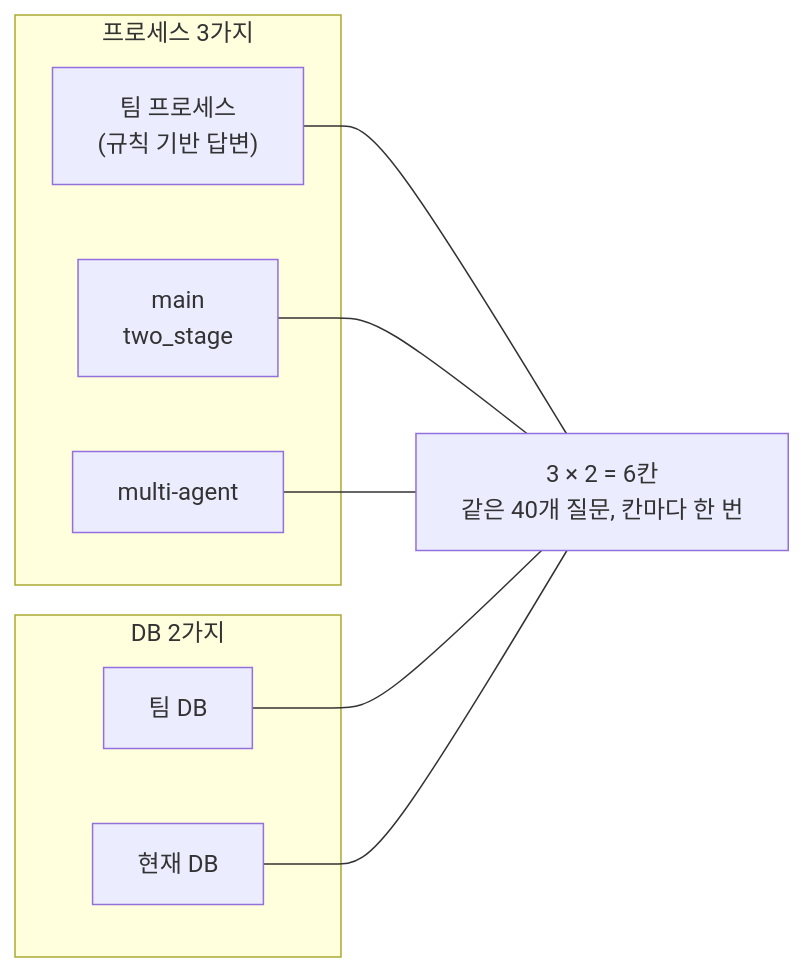
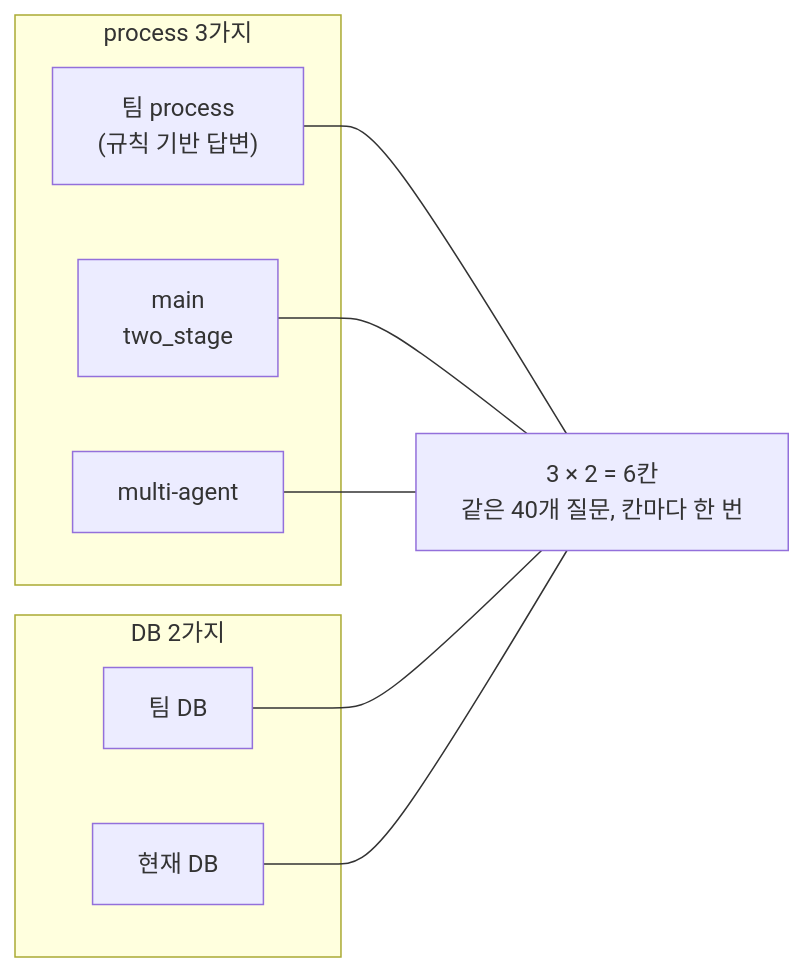
Before and after one commit to adover134/hierarchical-md-rag: the first of 2 diagrams in docs/06_평가.md, drawn with Mermaid. The commit also changed other lines of this file and 24 other files, not shown here.

````diff
--- a/docs/06_평가.md
+++ b/docs/06_평가.md
@@ -15,18 +15,18 @@
 ```mermaid
 flowchart LR
-    subgraph P["프로세스 3가지"]
-        P1["팀 프로세스<br/>(규칙 기반 답변)"]
+    subgraph P["process 3가지"]
+        P1["팀 process<br/>(규칙 기반 답변)"]
         P2["main<br/>two_stage"]
         P3["multi-agent"]
     end
     subgraph D["DB 2가지"]
         D1["팀 DB"]
         D2["현재 DB"]
     end
     P1 --- G
     P2 --- G
     P3 --- G
     D1 --- G
     D2 --- G
     G["3 × 2 = 6칸<br/>같은 40개 질문, 칸마다 한 번"]
 ```
````
